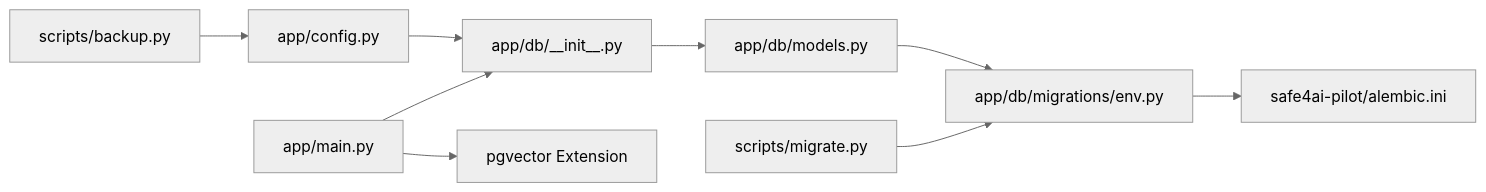
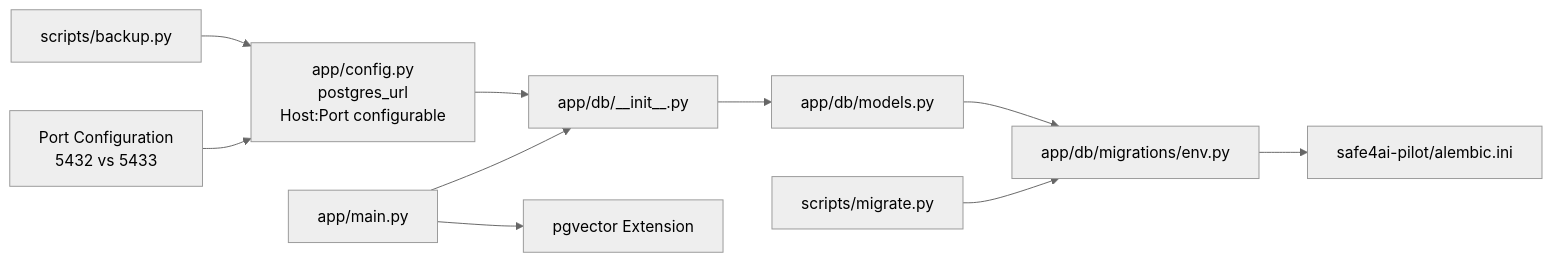
Before and after one commit to genes8/private-ai: the seventh of 7 diagrams in .qoder/repowiki/en/content/Database Design/Database Design.md, drawn with Mermaid (neutral theme). The commit also changed other lines of this file and 19 other files, not shown here.

````diff
--- a/.qoder/repowiki/en/content/Database Design/Database Design.md
+++ b/.qoder/repowiki/en/content/Database Design/Database Design.md
@@ -436,11 +488,12 @@
 ```mermaid
 graph LR
-Settings["app/config.py"] --> DBInit["app/db/__init__.py"]
+Settings["app/config.py<br/>postgres_url<br/>Host:Port configurable"] --> DBInit["app/db/__init__.py"]
 DBInit --> Models["app/db/models.py"]
 Models --> MigrationsEnv["app/db/migrations/env.py"]
 MigrationsEnv --> AlembicIni["safe4ai-pilot/alembic.ini"]
 Startup["app/main.py"] --> DBInit
 Startup --> PGVector["pgvector Extension"]
 ScriptsMigrate["scripts/migrate.py"] --> MigrationsEnv
 ScriptsBackup["scripts/backup.py"] --> Settings
+DockerPorts["Port Configuration<br/>5432 vs 5433"] --> Settings
 ```
````
